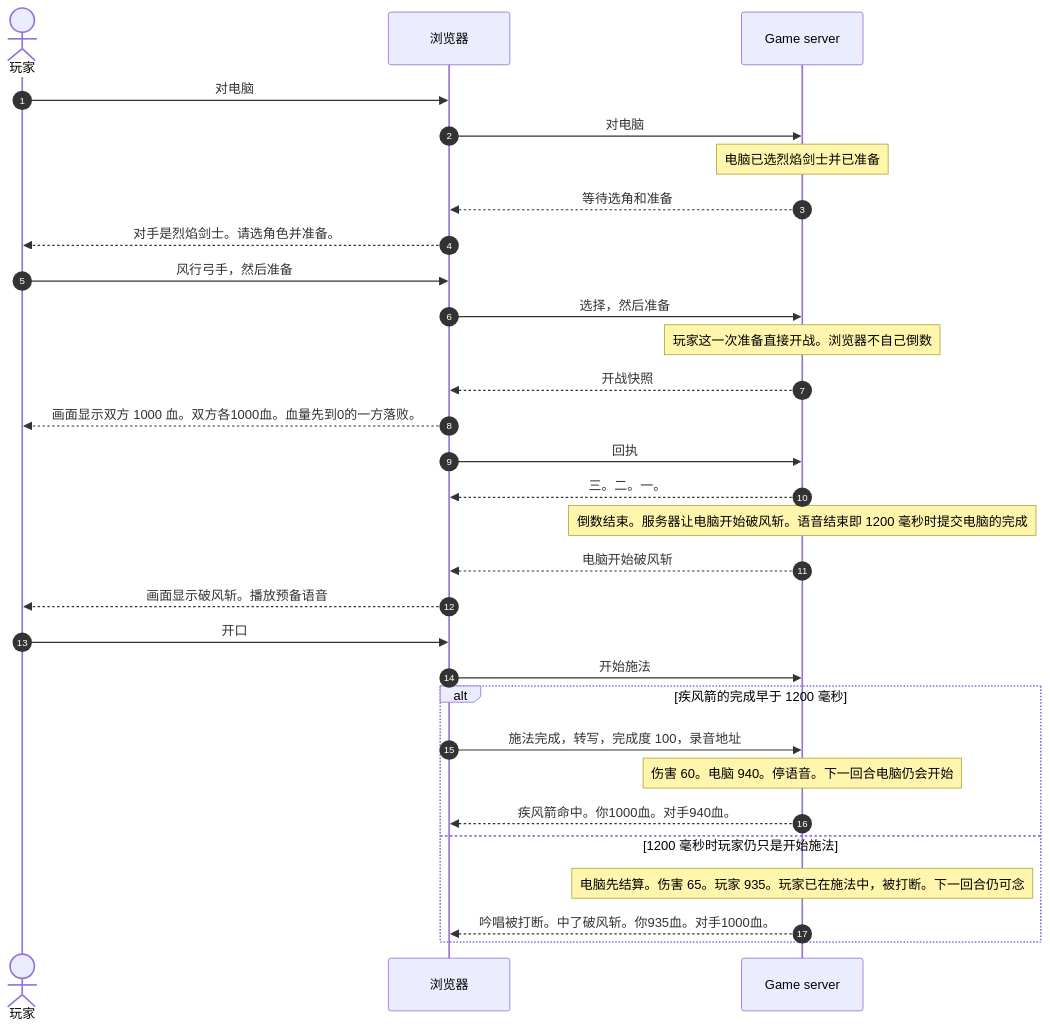
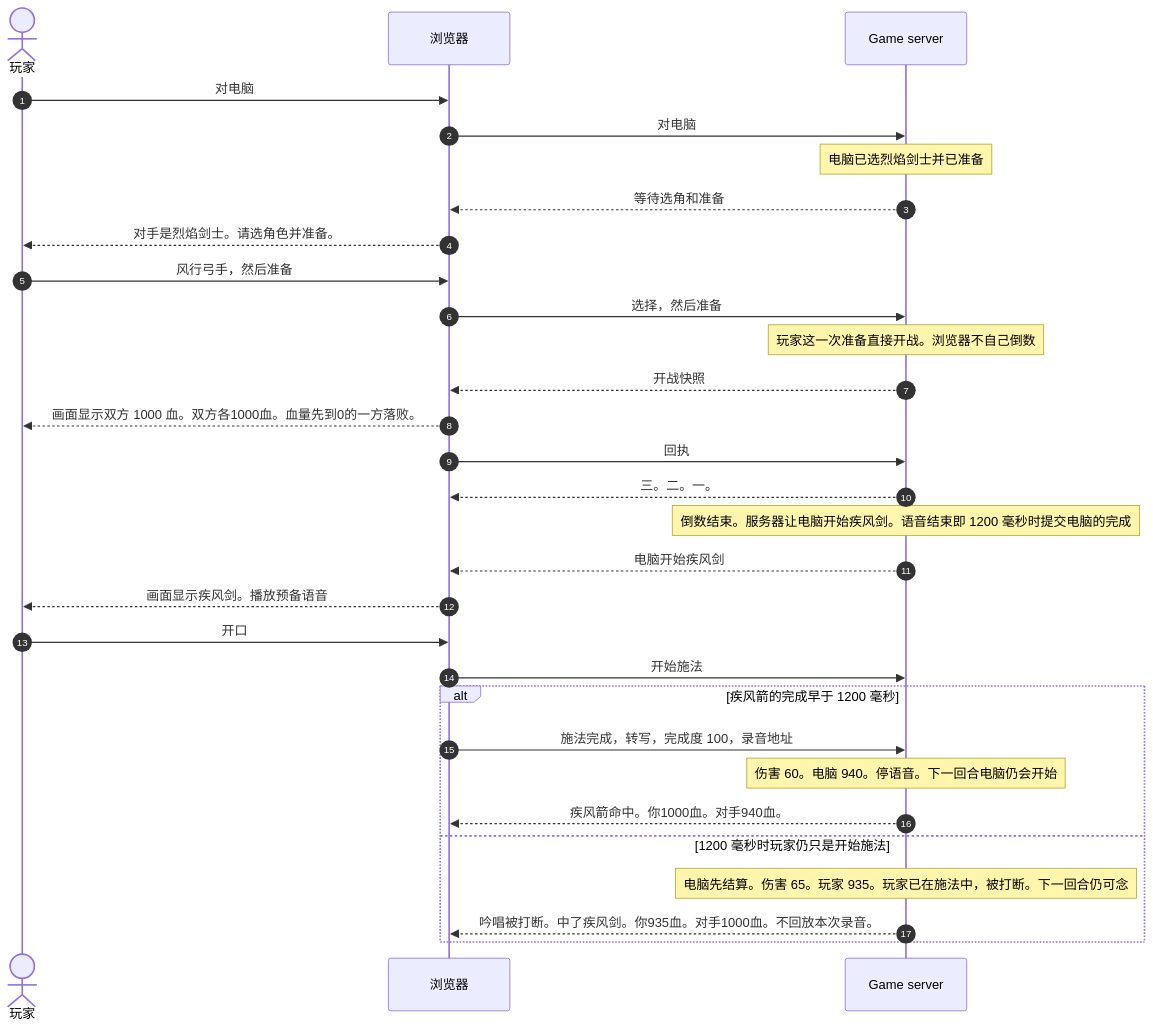
The fifth of 6 diagrams in docs/交互设计.md (wilcosheh/lieyanliaoyuan), drawn with Mermaid before and after one commit. The commit also changed other lines of this file and 23 other files, not shown here.

````diff
--- a/docs/交互设计.md
+++ b/docs/交互设计.md
@@ -489,33 +489,33 @@
 ```mermaid
 sequenceDiagram
     autonumber
     actor 玩家
     participant Web as 浏览器
     participant GS as Game server
 
     玩家->>Web: 对电脑
     Web->>GS: 对电脑
     Note over GS: 电脑已选烈焰剑士并已准备
     GS-->>Web: 等待选角和准备
     Web-->>玩家: 对手是烈焰剑士。请选角色并准备。
     玩家->>Web: 风行弓手，然后准备
     Web->>GS: 选择，然后准备
     Note over GS: 玩家这一次准备直接开战。浏览器不自己倒数
     GS-->>Web: 开战快照
     Web-->>玩家: 画面显示双方 1000 血。双方各1000血。血量先到0的一方落败。
     Web->>GS: 回执
     GS-->>Web: 三。二。一。
-    Note over GS: 倒数结束。服务器让电脑开始破风斩。语音结束即 1200 毫秒时提交电脑的完成
-    GS-->>Web: 电脑开始破风斩
-    Web-->>玩家: 画面显示破风斩。播放预备语音
+    Note over GS: 倒数结束。服务器让电脑开始疾风剑。语音结束即 1200 毫秒时提交电脑的完成
+    GS-->>Web: 电脑开始疾风剑
+    Web-->>玩家: 画面显示疾风剑。播放预备语音
     玩家->>Web: 开口
     Web->>GS: 开始施法
     alt 疾风箭的完成早于 1200 毫秒
         Web->>GS: 施法完成，转写，完成度 100，录音地址
         Note over GS: 伤害 60。电脑 940。停语音。下一回合电脑仍会开始
         GS-->>Web: 疾风箭命中。你1000血。对手940血。
     else 1200 毫秒时玩家仍只是开始施法
         Note over GS: 电脑先结算。伤害 65。玩家 935。玩家已在施法中，被打断。下一回合仍可念
-        GS-->>Web: 吟唱被打断。中了破风斩。你935血。对手1000血。
+        GS-->>Web: 吟唱被打断。中了疾风剑。你935血。对手1000血。不回放本次录音。
     end
 ```
````
